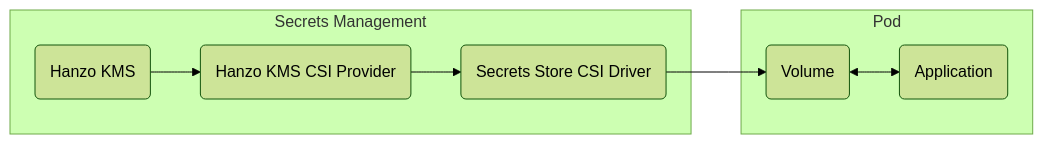
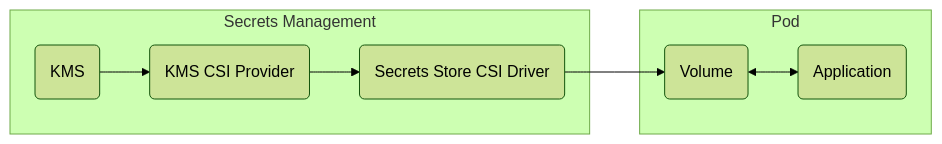
One commit to hanzoai/kms changed the diagram in docs/integrations/platforms/kubernetes-csi.mdx. Above: the diagram before and after it, drawn with Mermaid (forest theme). The commit also changed other lines of this file and 855 other files, not shown here.

````diff
--- a/docs/integrations/platforms/kubernetes-csi.mdx
+++ b/docs/integrations/platforms/kubernetes-csi.mdx
@@ -11,13 +11,13 @@
 ```mermaid
 flowchart LR
     subgraph Secrets Management
-        SS(Hanzo KMS) --> CSP(Hanzo KMS CSI Provider)
+        SS(KMS) --> CSP(KMS CSI Provider)
         CSP --> CSD(Secrets Store CSI Driver)
     end
 
     subgraph Pod
         CSD --> V(Volume)
         V <--> P(Application)
     end
 
 ```
````
